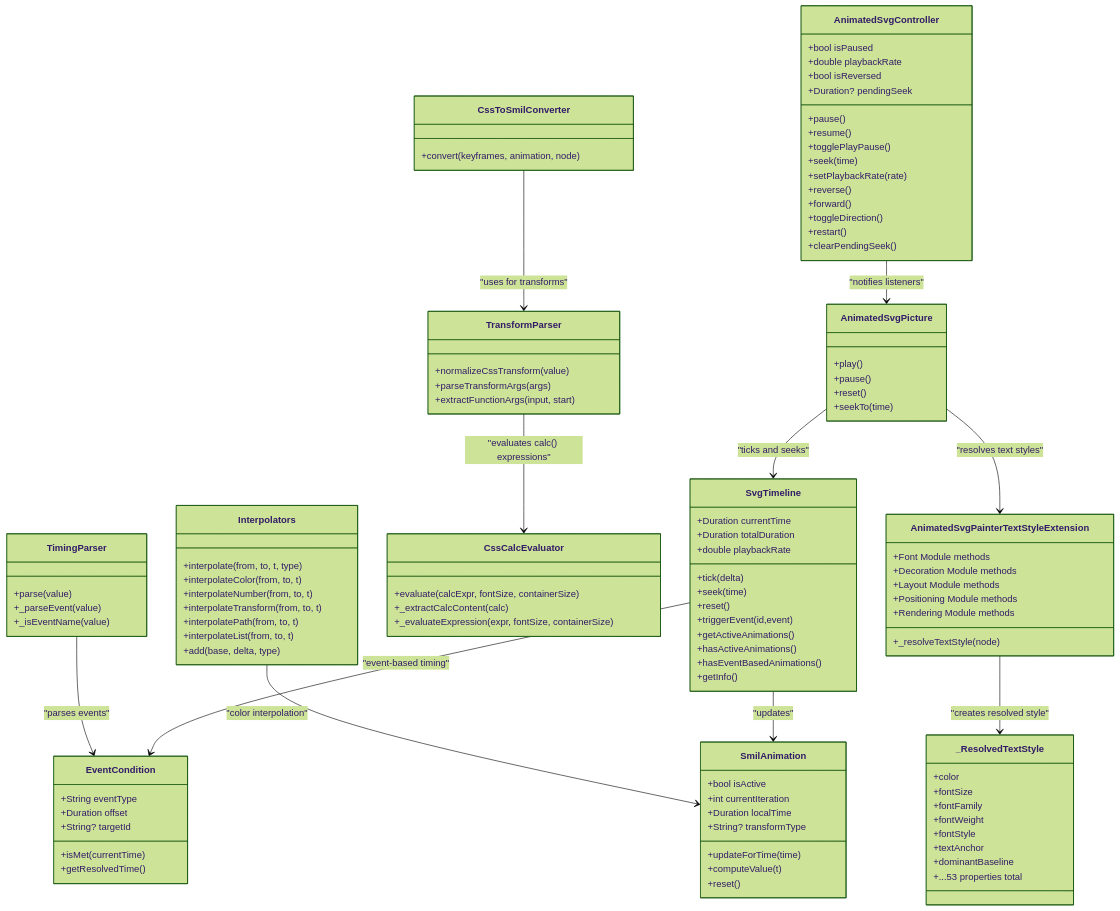
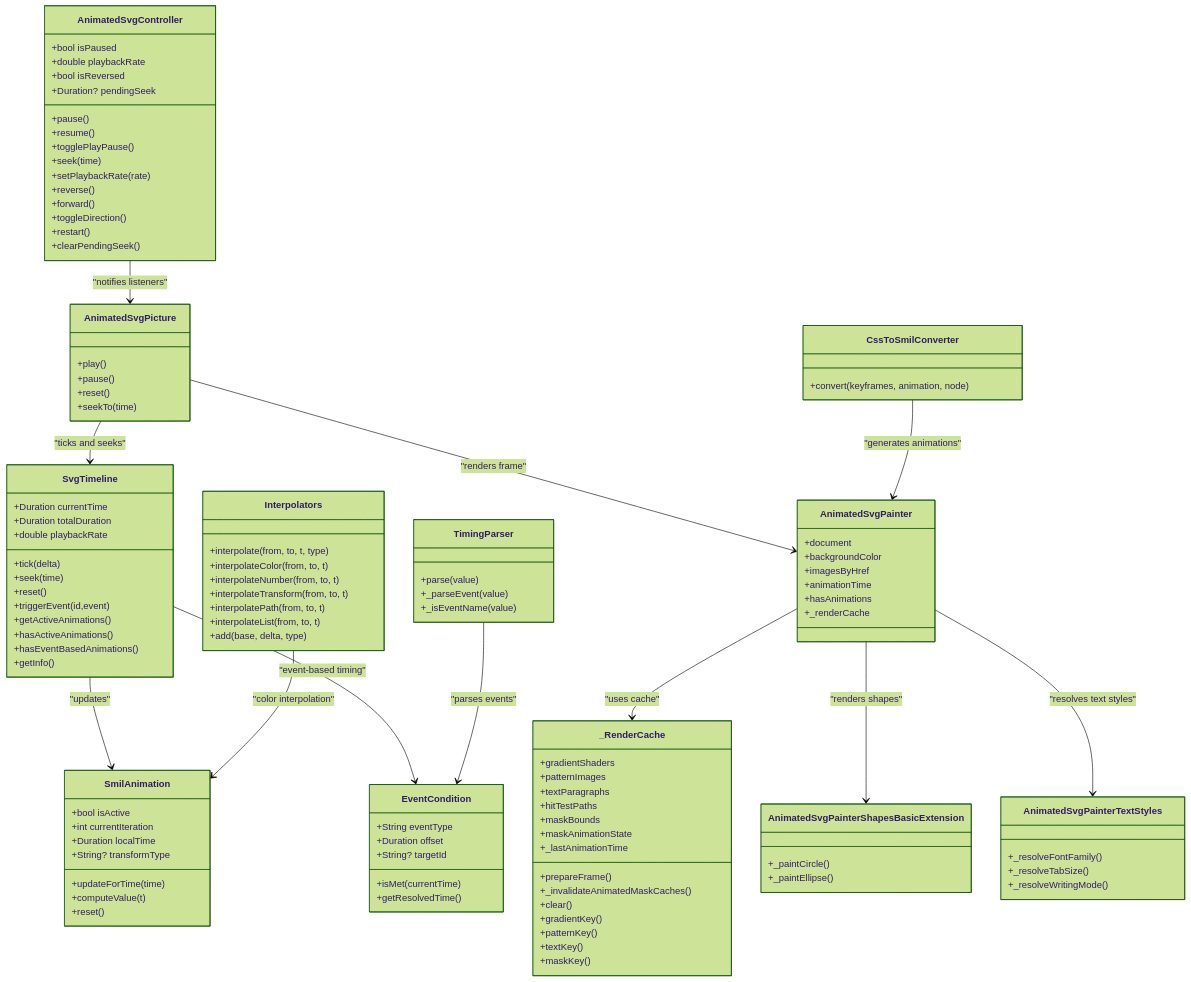
Before and after one commit to denisnadey/flutter_full_svg_support: the fourth of 4 diagrams in .qoder/repowiki/en/content/API Reference/Animation APIs.md, drawn with Mermaid (forest theme). The commit also changed other lines of this file and 65 other files, not shown here.

First line of the commit message:
refactor(animation): modularize AnimatedSvgPainter and enhance caching

````diff
--- a/.qoder/repowiki/en/content/API Reference/Animation APIs.md
+++ b/.qoder/repowiki/en/content/API Reference/Animation APIs.md
@@ -575,6 +628,30 @@
 +hasEventBasedAnimations()
 +getInfo()
 }
+class AnimatedSvgPainter {
++document
++backgroundColor
++imagesByHref
++animationTime
++hasAnimations
++_renderCache
+}
+class _RenderCache {
++gradientShaders
++patternImages
++textParagraphs
++hitTestPaths
++maskBounds
++maskAnimationState
++_lastAnimationTime
++prepareFrame()
++_invalidateAnimatedMaskCaches()
++clear()
++gradientKey()
++patternKey()
++textKey()
++maskKey()
+}
 class SmilAnimation {
 +bool isActive
 +int currentIteration
@@ -599,23 +676,14 @@
 class CssToSmilConverter {
 +convert(keyframes, animation, node)
 }
-class TransformParser {
-+normalizeCssTransform(value)
-+parseTransformArgs(args)
-+extractFunctionArgs(input, start)
+class AnimatedSvgPainterShapesBasicExtension {
++_paintCircle()
++_paintEllipse()
 }
-class CssCalcEvaluator {
-+evaluate(calcExpr, fontSize, containerSize)
-+_extractCalcContent(calc)
-+_evaluateExpression(expr, fontSize, containerSize)
-}
-class AnimatedSvgPainterTextStyleExtension {
-+_resolveTextStyle(node)
-+Font Module methods
-+Decoration Module methods
-+Layout Module methods
-+Positioning Module methods
-+Rendering Module methods
+class AnimatedSvgPainterTextStyles {
++_resolveFontFamily()
++_resolveTabSize()
++_resolveWritingMode()
 }
 class Interpolators {
 +interpolate(from, to, t, type)
@@ -626,24 +694,15 @@
 +interpolateList(from, to, t)
 +add(base, delta, type)
 }
-class _ResolvedTextStyle {
-+color
-+fontSize
-+fontFamily
-+fontWeight
-+fontStyle
-+textAnchor
-+dominantBaseline
-+...53 properties total
-}
 AnimatedSvgController --> AnimatedSvgPicture : "notifies listeners"
 AnimatedSvgPicture --> SvgTimeline : "ticks and seeks"
-AnimatedSvgPicture --> AnimatedSvgPainterTextStyleExtension : "resolves text styles"
-AnimatedSvgPainterTextStyleExtension --> _ResolvedTextStyle : "creates resolved style"
+AnimatedSvgPicture --> AnimatedSvgPainter : "renders frame"
+AnimatedSvgPainter --> _RenderCache : "uses cache"
+AnimatedSvgPainter --> AnimatedSvgPainterShapesBasicExtension : "renders shapes"
+AnimatedSvgPainter --> AnimatedSvgPainterTextStyles : "resolves text styles"
 SvgTimeline --> SmilAnimation : "updates"
 SvgTimeline --> EventCondition : "event-based timing"
 TimingParser --> EventCondition : "parses events"
-CssToSmilConverter --> TransformParser : "uses for transforms"
-TransformParser --> CssCalcEvaluator : "evaluates calc() expressions"
+CssToSmilConverter --> AnimatedSvgPainter : "generates animations"
 Interpolators --> SmilAnimation : "color interpolation"
 ```
````
